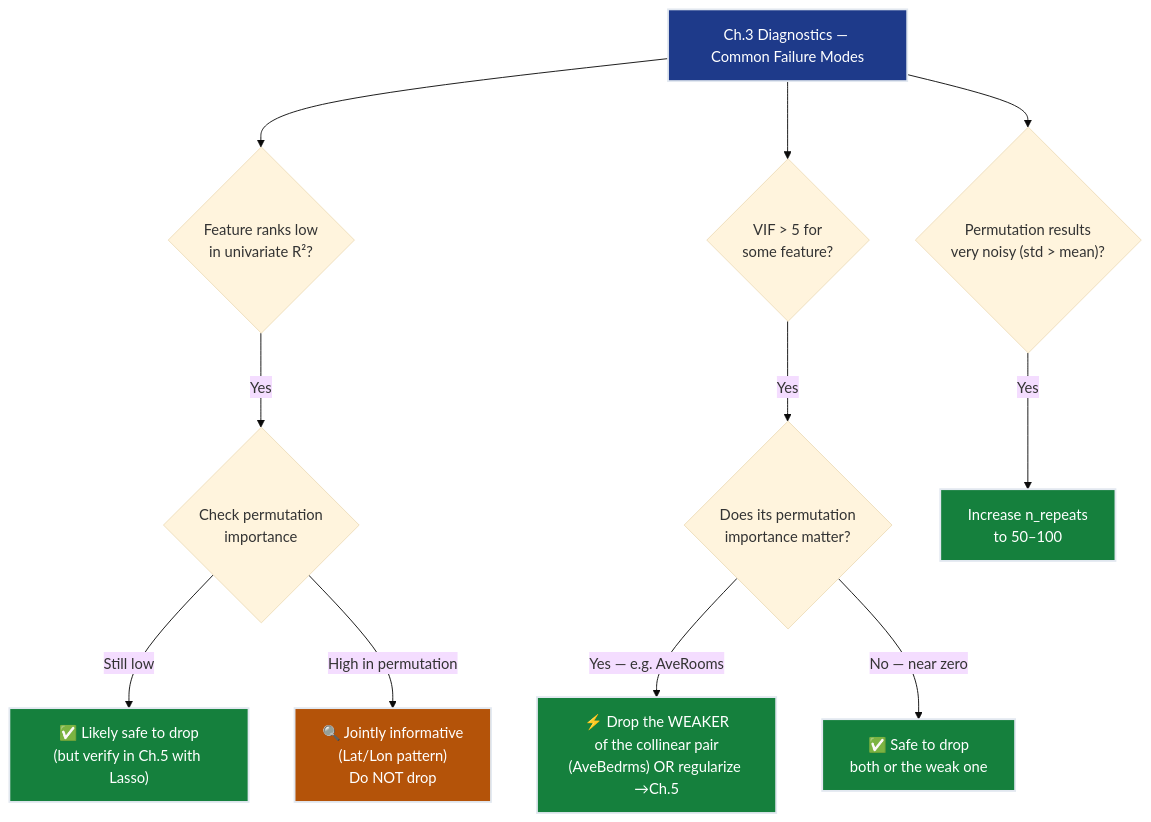
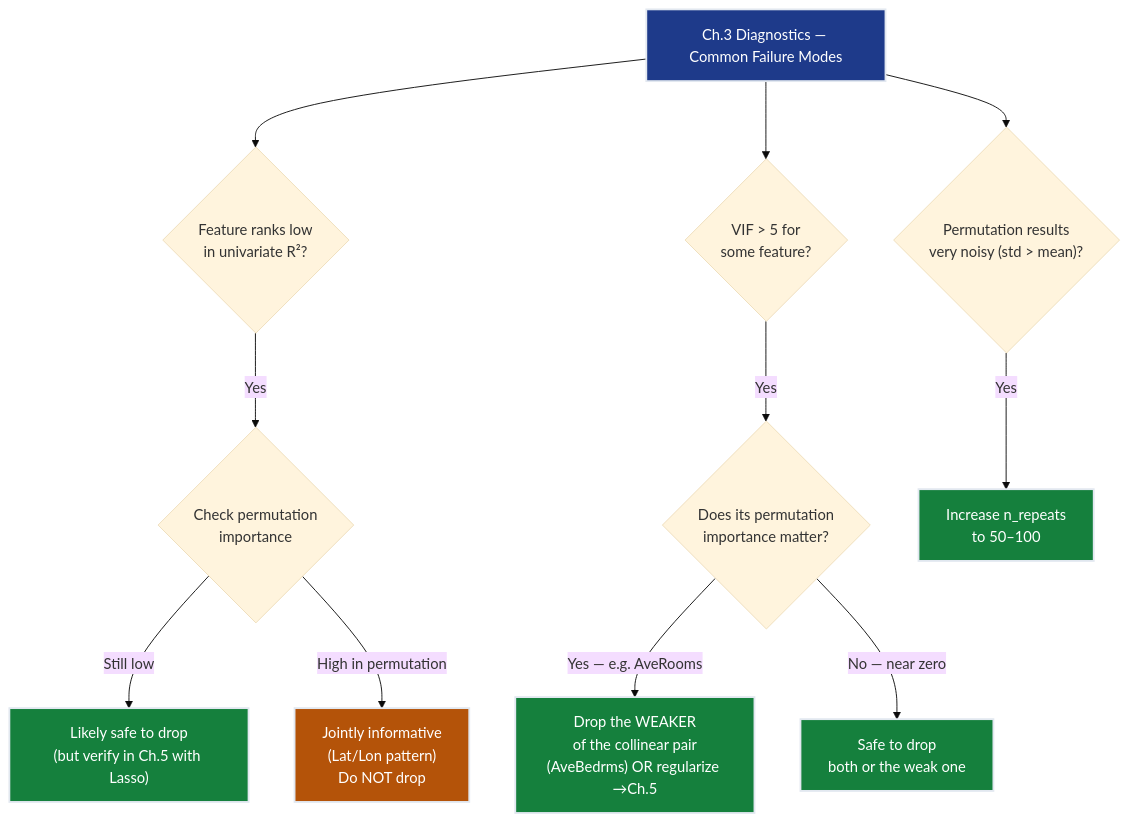
Before and after one commit to dsgouda7/ai-portfolio: the third of 4 diagrams in notes/01-ml/01-regression/ch03_feature_importance/README.md, drawn with Mermaid (base theme). The commit also changed other lines of this file and 179 other files, not shown here.

````diff
--- a/notes/01-ml/01-regression/ch03_feature_importance/README.md
+++ b/notes/01-ml/01-regression/ch03_feature_importance/README.md
@@ -1383,22 +1383,22 @@
 ```mermaid
 flowchart TD
-    CHECK["Ch.3 Diagnostics — Common Failure Modes"] --> Q1{"Feature ranks low\nin univariate R²?"}
-    Q1 -->|"Yes"| Q2{"Check permutation\nimportance"}
-    Q2 -->|"Still low"| SAFE["✅ Likely safe to drop\n(but verify in Ch.5 with Lasso)"]
-    Q2 -->|"High in permutation"| JOINT["🔍 Jointly informative\n(Lat/Lon pattern)\nDo NOT drop"]
+ CHECK["Ch.3 Diagnostics — Common Failure Modes"] --> Q1{"Feature ranks low\nin univariate R²?"}
+ Q1 -->|"Yes"| Q2{"Check permutation\nimportance"}
+ Q2 -->|"Still low"| SAFE[" Likely safe to drop\n(but verify in Ch.5 with Lasso)"]
+ Q2 -->|"High in permutation"| JOINT[" Jointly informative\n(Lat/Lon pattern)\nDo NOT drop"]
 
-    CHECK --> Q3{"VIF > 5 for\nsome feature?"}
-    Q3 -->|"Yes"| Q4{"Does its permutation\nimportance matter?"}
-    Q4 -->|"Yes — e.g. AveRooms"| FIX1["⚡ Drop the WEAKER\nof the collinear pair\n(AveBedrms) OR regularize →Ch.5"]
-    Q4 -->|"No — near zero"| FIX2["✅ Safe to drop\nboth or the weak one"]
+ CHECK --> Q3{"VIF > 5 for\nsome feature?"}
+ Q3 -->|"Yes"| Q4{"Does its permutation\nimportance matter?"}
+ Q4 -->|"Yes — e.g. AveRooms"| FIX1[" Drop the WEAKER\nof the collinear pair\n(AveBedrms) OR regularize →Ch.5"]
+ Q4 -->|"No — near zero"| FIX2[" Safe to drop\nboth or the weak one"]
 
-    CHECK --> Q5{"Permutation results\nvery noisy (std > mean)?"}
-    Q5 -->|"Yes"| FIX3["Increase n_repeats\nto 50–100"]
+ CHECK --> Q5{"Permutation results\nvery noisy (std > mean)?"}
+ Q5 -->|"Yes"| FIX3["Increase n_repeats\nto 50–100"]
 
-    style CHECK fill:#1e3a8a,stroke:#e2e8f0,stroke-width:2px,color:#ffffff
-    style SAFE fill:#15803d,stroke:#e2e8f0,stroke-width:2px,color:#ffffff
-    style JOINT fill:#b45309,stroke:#e2e8f0,stroke-width:2px,color:#ffffff
-    style FIX1 fill:#15803d,stroke:#e2e8f0,stroke-width:2px,color:#ffffff
-    style FIX2 fill:#15803d,stroke:#e2e8f0,stroke-width:2px,color:#ffffff
-    style FIX3 fill:#15803d,stroke:#e2e8f0,stroke-width:2px,color:#ffffff
+ style CHECK fill:#1e3a8a,stroke:#e2e8f0,stroke-width:2px,color:#ffffff
+ style SAFE fill:#15803d,stroke:#e2e8f0,stroke-width:2px,color:#ffffff
+ style JOINT fill:#b45309,stroke:#e2e8f0,stroke-width:2px,color:#ffffff
+ style FIX1 fill:#15803d,stroke:#e2e8f0,stroke-width:2px,color:#ffffff
+ style FIX2 fill:#15803d,stroke:#e2e8f0,stroke-width:2px,color:#ffffff
+ style FIX3 fill:#15803d,stroke:#e2e8f0,stroke-width:2px,color:#ffffff
 ```
````
